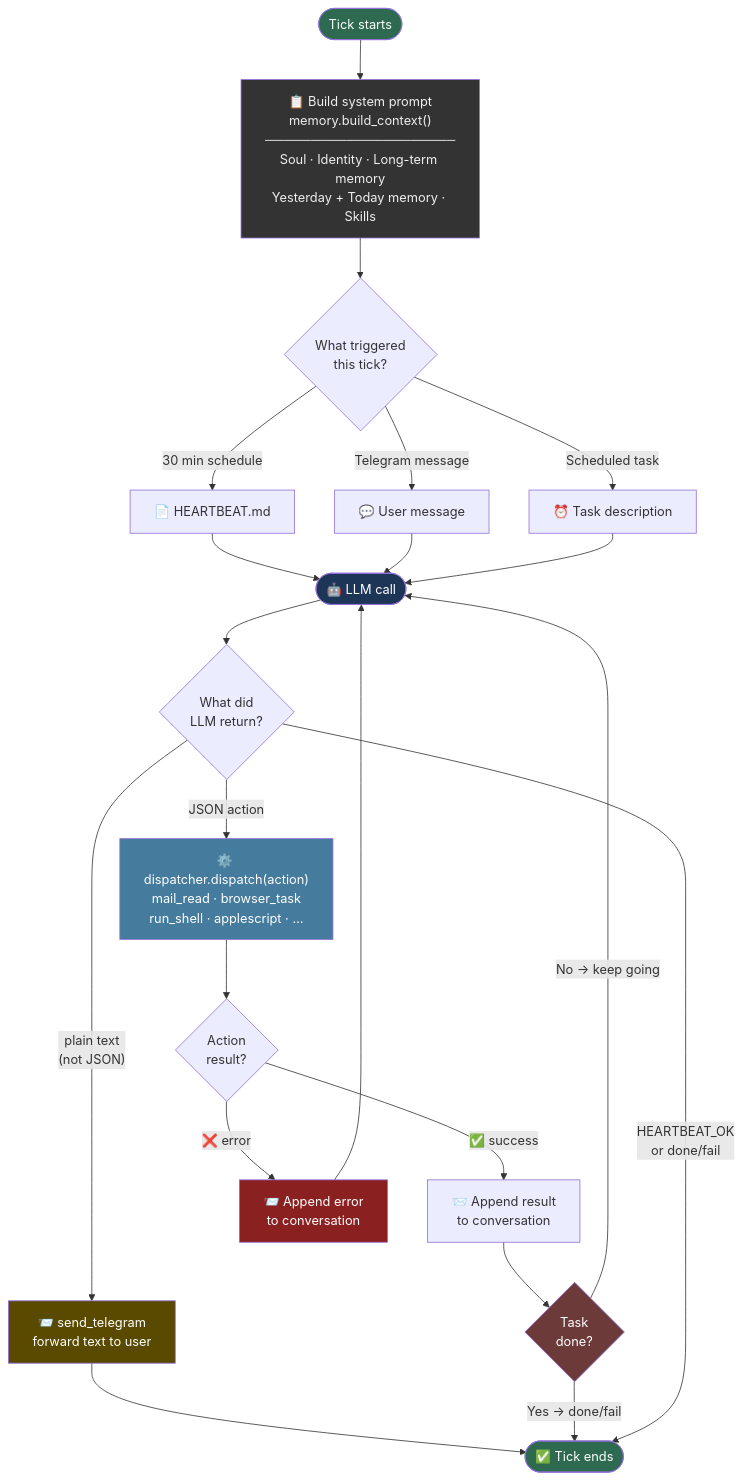
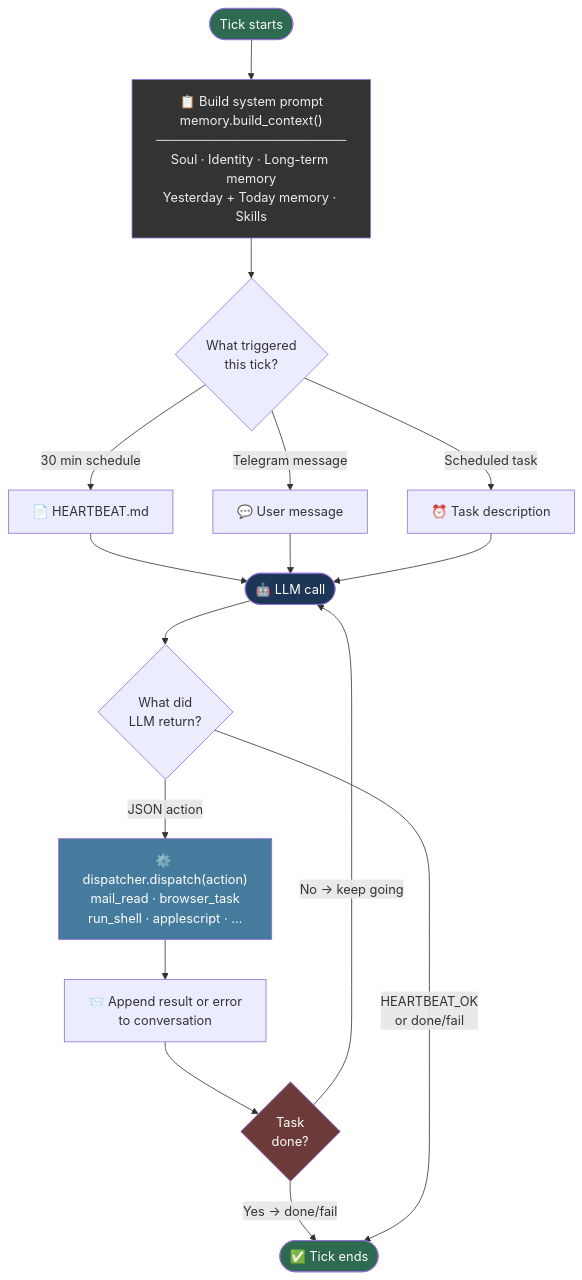
One commit to kenfus/macgent changed the diagram in README.md. Above: the diagram before and after it, drawn with Mermaid.

Commit message:
Better ghrafiolk

````diff
--- a/README.md
+++ b/README.md
@@ -100,43 +100,32 @@
 ```mermaid
 flowchart TD
     A([Tick starts]) --> B
 
     B["📋 Build system prompt<br/>memory.build_context()<br/>─────────────────────<br/>Soul · Identity · Long-term memory<br/>Yesterday + Today memory · Skills"]
     B --> C
 
     C{"What triggered<br/>this tick?"}
     C -- "30 min schedule" --> D1["📄 HEARTBEAT.md"]
     C -- "Telegram message" --> D2["💬 User message"]
     C -- "Scheduled task" --> D3["⏰ Task description"]
 
     D1 & D2 & D3 --> E
 
     E(["🤖 LLM call"])
     E --> F{"What did<br/>LLM return?"}
 
-    F -- "plain text<br/>(not JSON)" --> T["📨 send_telegram<br/>forward text to user"]
-    T --> Z
-
     F -- "JSON action" --> G["⚙️ dispatcher.dispatch(action)<br/>mail_read · browser_task<br/>run_shell · applescript · …"]
-
-    G --> R{"Action<br/>result?"}
-    R -- "✅ success" --> H["📨 Append result<br/>to conversation"]
-    R -- "❌ error" --> ERR["📨 Append error<br/>to conversation"]
-
+    G --> H["📨 Append result or error<br/>to conversation"]
     H --> I{"Task<br/>done?"}
-    ERR --> E
-
     I -- "No → keep going" --> E
     I -- "Yes → done/fail" --> Z
 
     F -- "HEARTBEAT_OK<br/>or done/fail" --> Z([✅ Tick ends])
 
     style A fill:#2d6a4f,color:#fff
     style Z fill:#2d6a4f,color:#fff
     style E fill:#1d3557,color:#fff
     style G fill:#457b9d,color:#fff
     style I fill:#6d3a3a,color:#fff
-    style ERR fill:#8b2020,color:#fff
-    style T fill:#5a4a00,color:#fff
     style B fill:#333,color:#eee
 ```
````
